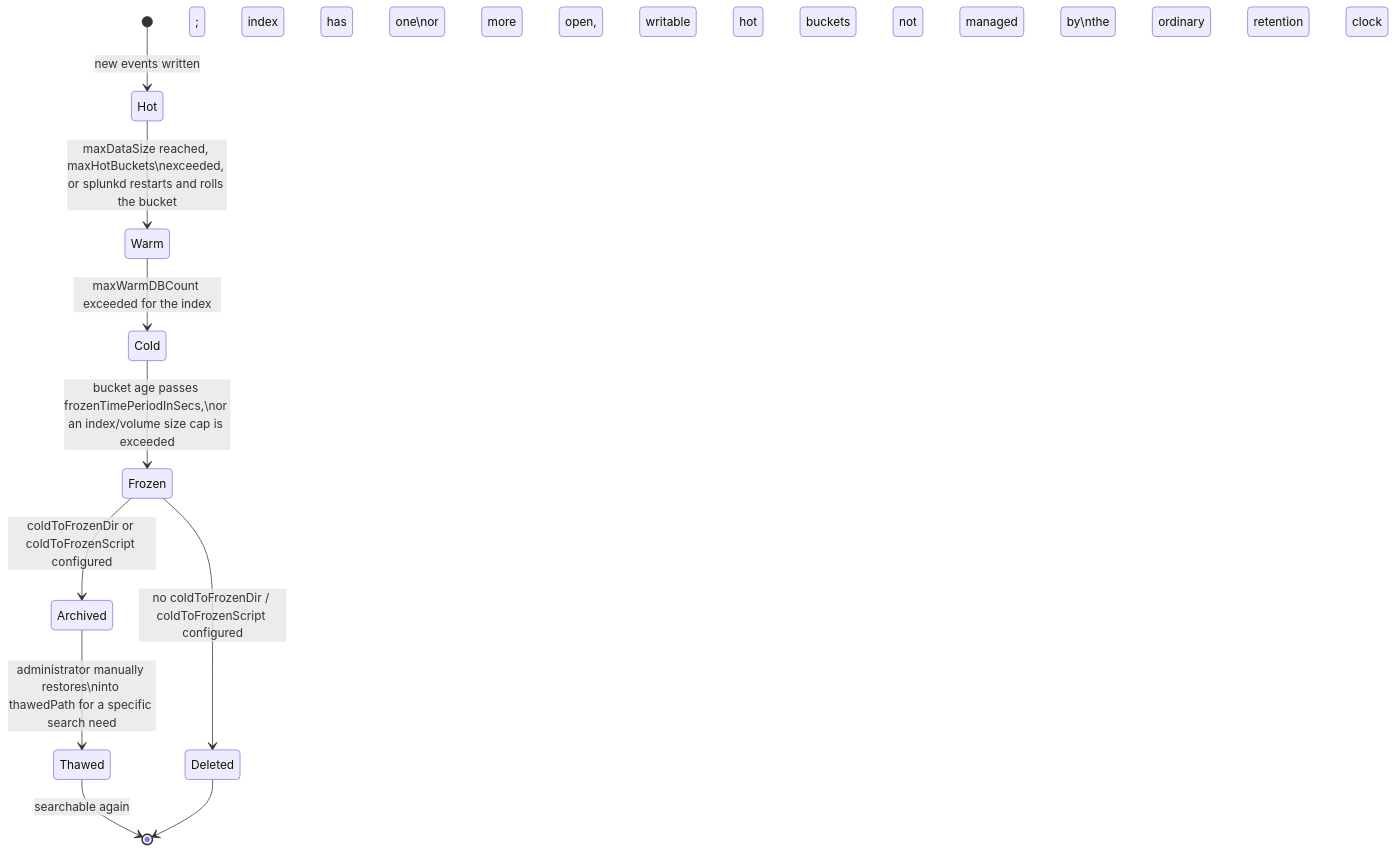
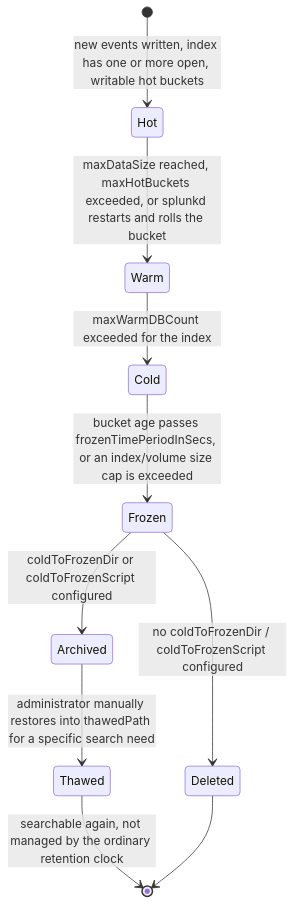
The diagram in chapters/part03-indexes-sourcetypes-and-the-bucket-lifecycle.md (neshboy/splunk-security-operations-handbook), drawn with Mermaid before and after one commit. The commit also changed 2 other files, not shown here.

Commit message:
fix: repair garbled bucket-lifecycle state diagram in Part 3
The stateDiagram-v2 transition labels used literal "\n" escapes and an
embedded semicolon, which Mermaid's parser doesn't treat as a line break
in unquoted state-transition text. This silently corrupted the rendered
SVG into disconnected floating word-nodes instead of a connected
hot-to-frozen bucket lifecycle diagram, with no RENDER FAILED marker since
mmdc still produced a non-empty file. Cleaned up the label text (removed
the semicolon and literal \n sequences) and regenerated the diagram.

````diff
--- a/chapters/part03-indexes-sourcetypes-and-the-bucket-lifecycle.md
+++ b/chapters/part03-indexes-sourcetypes-and-the-bucket-lifecycle.md
@@ -156,12 +156,12 @@
 ```mermaid
 stateDiagram-v2
-    [*] --> Hot: new events written; index has one\nor more open, writable hot buckets
-    Hot --> Warm: maxDataSize reached, maxHotBuckets\nexceeded, or splunkd restarts and rolls the bucket
+    [*] --> Hot: new events written, index has one or more open, writable hot buckets
+    Hot --> Warm: maxDataSize reached, maxHotBuckets exceeded, or splunkd restarts and rolls the bucket
     Warm --> Cold: maxWarmDBCount exceeded for the index
-    Cold --> Frozen: bucket age passes frozenTimePeriodInSecs,\nor an index/volume size cap is exceeded
+    Cold --> Frozen: bucket age passes frozenTimePeriodInSecs, or an index/volume size cap is exceeded
     Frozen --> Deleted: no coldToFrozenDir / coldToFrozenScript configured
     Frozen --> Archived: coldToFrozenDir or coldToFrozenScript configured
-    Archived --> Thawed: administrator manually restores\ninto thawedPath for a specific search need
-    Thawed --> [*]: searchable again; not managed by\nthe ordinary retention clock
+    Archived --> Thawed: administrator manually restores into thawedPath for a specific search need
+    Thawed --> [*]: searchable again, not managed by the ordinary retention clock
     Deleted --> [*]
 ```
````
